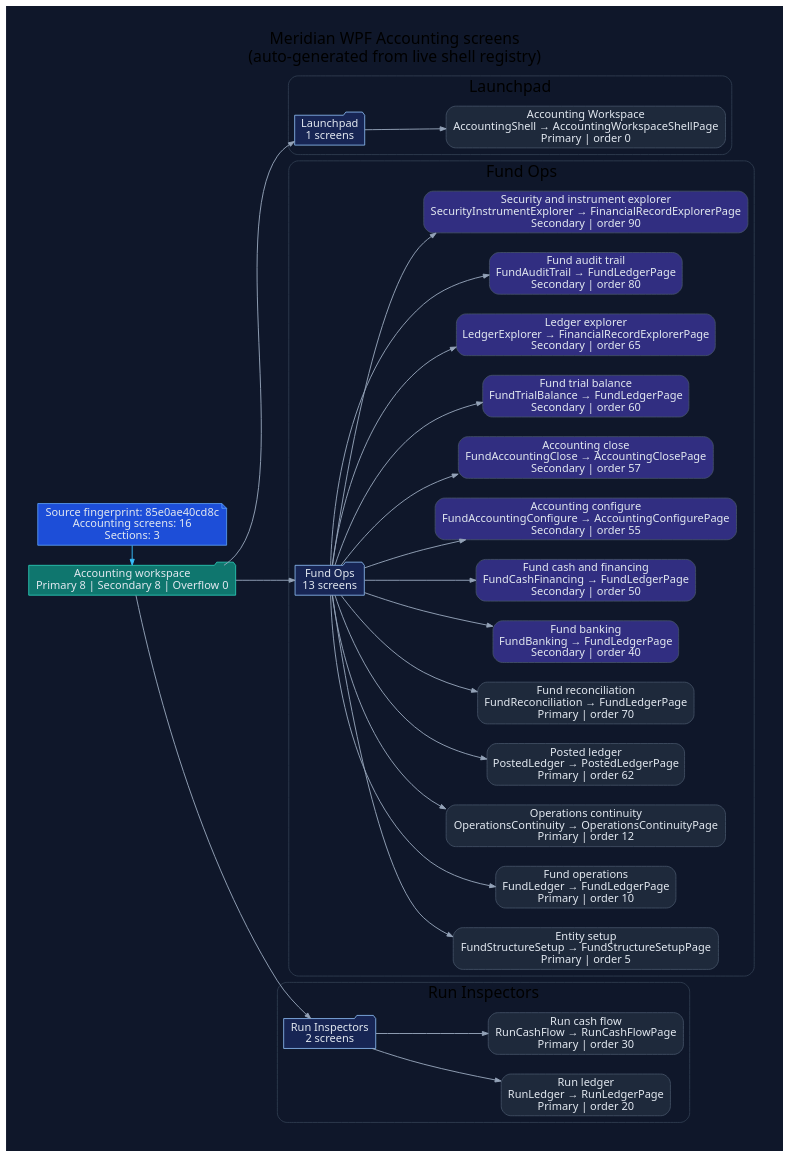
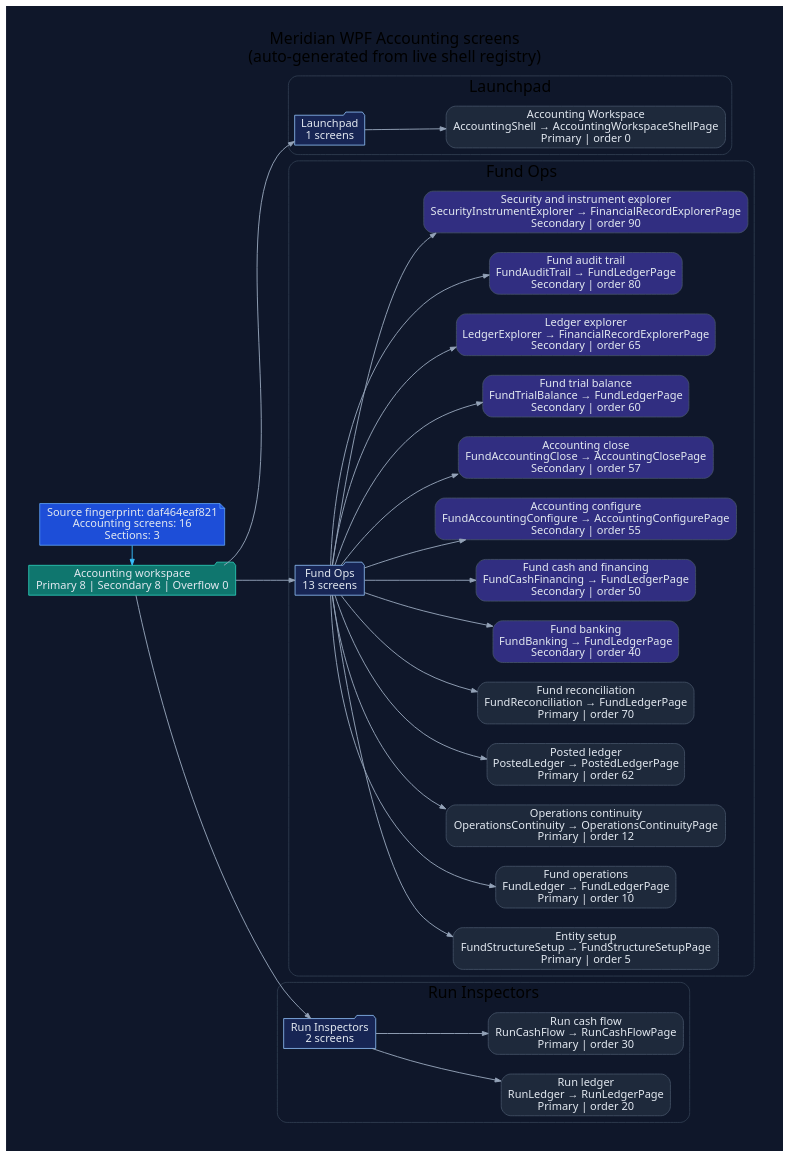
Before and after one commit to rodoHasArrived/Meridian-main: the diagram in docs/diagrams/ui/ui-wpf-screens-accounting.dot, drawn with Graphviz. The commit also changed 45 other files, not shown here.

First line of the commit message:
Regenerate WPF screen diagrams and tracker after view-model changes

```diff
--- a/docs/diagrams/ui/ui-wpf-screens-accounting.dot
+++ b/docs/diagrams/ui/ui-wpf-screens-accounting.dot
@@ -1,82 +1,82 @@
 // -----------------------------------------------------------------------------
 // <auto-generated>
 // Generated by scripts/generate-diagrams.mjs.
 // Do not edit this file directly; update the WPF source files instead.
 // -----------------------------------------------------------------------------
 digraph WpfAccountingScreens {
   graph [
     rankdir=LR,
     labelloc=t,
     label="Meridian WPF Accounting screens\n(auto-generated from live shell registry)",
     fontname="Segoe UI",
     fontsize=20,
     pad=0.4,
     nodesep=0.35,
     ranksep=0.85,
     bgcolor="#0f172a"
   ];
   node [fontname="Segoe UI", shape=box, style="rounded,filled", color="#475569", fontcolor="#e2e8f0", fillcolor="#1e293b"];
   edge [fontname="Segoe UI", color="#94a3b8", penwidth=1.2, arrowsize=0.75];
 
-  generated [shape=note, fillcolor="#1d4ed8", color="#60a5fa", label="Source fingerprint: 85e0ae40cd8c\nAccounting screens: 16\nSections: 3"];
+  generated [shape=note, fillcolor="#1d4ed8", color="#60a5fa", label="Source fingerprint: daf464eaf821\nAccounting screens: 16\nSections: 3"];
   workspace [shape=folder, fillcolor="#0f766e", color="#2dd4bf", label="Accounting workspace\nPrimary 8 | Secondary 8 | Overflow 0"];
   generated -> workspace [color="#38bdf8"];
 
   subgraph cluster_section_1 {
     label="Launchpad";
     color="#334155";
     style="rounded";
     section_1 [shape=folder, fillcolor="#172554", color="#93c5fd", label="Launchpad\n1 screens"];
     workspace -> section_1;
     screen_AccountingShell [fillcolor="#1e293b", label="Accounting Workspace\nAccountingShell → AccountingWorkspaceShellPage\nPrimary | order 0"];
     section_1 -> screen_AccountingShell;
   }
 
   subgraph cluster_section_2 {
     label="Fund Ops";
     color="#334155";
     style="rounded";
     section_2 [shape=folder, fillcolor="#172554", color="#93c5fd", label="Fund Ops\n13 screens"];
     workspace -> section_2;
     screen_FundStructureSetup [fillcolor="#1e293b", label="Entity setup\nFundStructureSetup → FundStructureSetupPage\nPrimary | order 5"];
     section_2 -> screen_FundStructureSetup;
     screen_FundLedger [fillcolor="#1e293b", label="Fund operations\nFundLedger → FundLedgerPage\nPrimary | order 10"];
     section_2 -> screen_FundLedger;
     screen_OperationsContinuity [fillcolor="#1e293b", label="Operations continuity\nOperationsContinuity → OperationsContinuityPage\nPrimary | order 12"];
     section_2 -> screen_OperationsContinuity;
     screen_PostedLedger [fillcolor="#1e293b", label="Posted ledger\nPostedLedger → PostedLedgerPage\nPrimary | order 62"];
     section_2 -> screen_PostedLedger;
     screen_FundReconciliation [fillcolor="#1e293b", label="Fund reconciliation\nFundReconciliation → FundLedgerPage\nPrimary | order 70"];
     section_2 -> screen_FundReconciliation;
     screen_FundBanking [fillcolor="#312e81", label="Fund banking\nFundBanking → FundLedgerPage\nSecondary | order 40"];
     section_2 -> screen_FundBanking;
     screen_FundCashFinancing [fillcolor="#312e81", label="Fund cash and financing\nFundCashFinancing → FundLedgerPage\nSecondary | order 50"];
     section_2 -> screen_FundCashFinancing;
     screen_FundAccountingConfigure [fillcolor="#312e81", label="Accounting configure\nFundAccountingConfigure → AccountingConfigurePage\nSecondary | order 55"];
     section_2 -> screen_FundAccountingConfigure;
     screen_FundAccountingClose [fillcolor="#312e81", label="Accounting close\nFundAccountingClose → AccountingClosePage\nSecondary | order 57"];
     section_2 -> screen_FundAccountingClose;
     screen_FundTrialBalance [fillcolor="#312e81", label="Fund trial balance\nFundTrialBalance → FundLedgerPage\nSecondary | order 60"];
     section_2 -> screen_FundTrialBalance;
     screen_LedgerExplorer [fillcolor="#312e81", label="Ledger explorer\nLedgerExplorer → FinancialRecordExplorerPage\nSecondary | order 65"];
     section_2 -> screen_LedgerExplorer;
     screen_FundAuditTrail [fillcolor="#312e81", label="Fund audit trail\nFundAuditTrail → FundLedgerPage\nSecondary | order 80"];
     section_2 -> screen_FundAuditTrail;
     screen_SecurityInstrumentExplorer [fillcolor="#312e81", label="Security and instrument explorer\nSecurityInstrumentExplorer → FinancialRecordExplorerPage\nSecondary | order 90"];
     section_2 -> screen_SecurityInstrumentExplorer;
   }
 
   subgraph cluster_section_3 {
     label="Run Inspectors";
     color="#334155";
     style="rounded";
     section_3 [shape=folder, fillcolor="#172554", color="#93c5fd", label="Run Inspectors\n2 screens"];
     workspace -> section_3;
     screen_RunLedger [fillcolor="#1e293b", label="Run ledger\nRunLedger → RunLedgerPage\nPrimary | order 20"];
     section_3 -> screen_RunLedger;
     screen_RunCashFlow [fillcolor="#1e293b", label="Run cash flow\nRunCashFlow → RunCashFlowPage\nPrimary | order 30"];
     section_3 -> screen_RunCashFlow;
   }
 
   { rank=min; generated; workspace; }
 }
```
